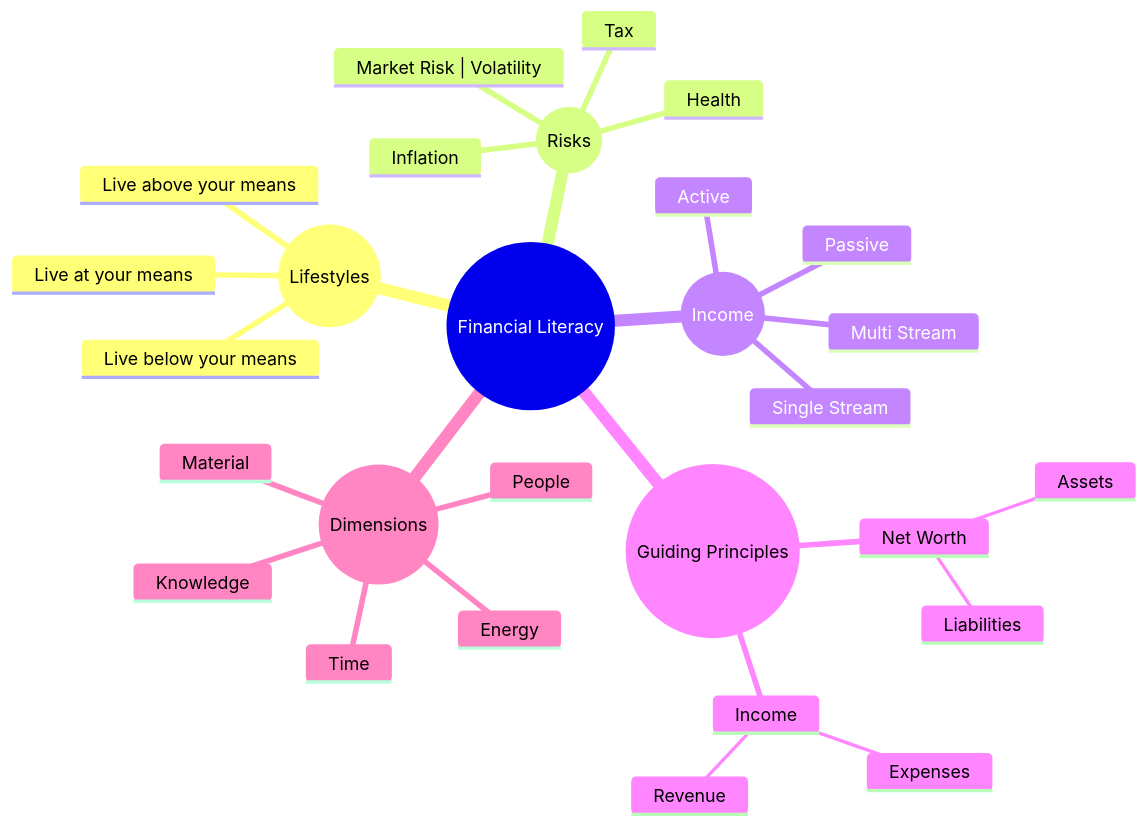
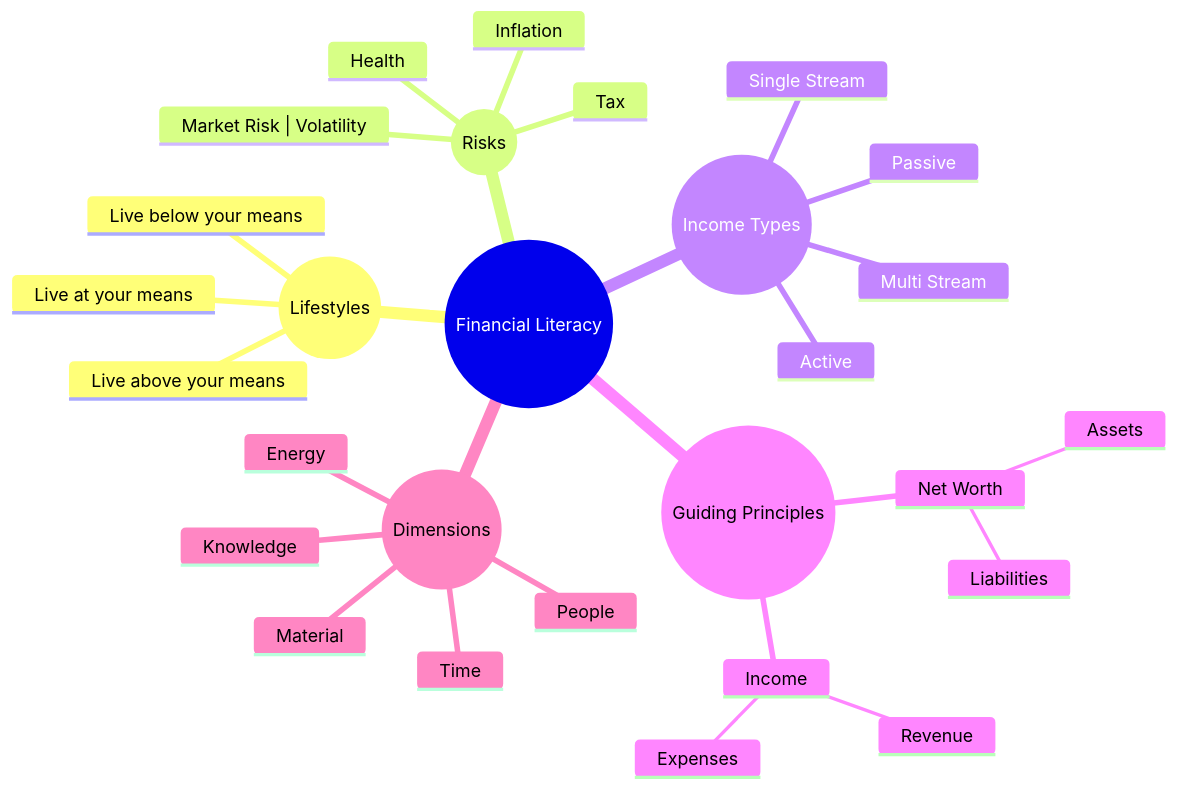
One commit to nickumia/world changed the diagram in mermaid/financial_concepts.mmd. Above: the diagram before and after it, drawn with Mermaid.

Commit message:
fix: income to income types for clarity
income appears twice on the graph

```diff
--- a/mermaid/financial_concepts.mmd
+++ b/mermaid/financial_concepts.mmd
@@ -1,29 +1,29 @@
 mindmap
   root((Financial Literacy))
     ((Lifestyles))
       Live above your means
       Live at your means
       Live below your means
     ((Risks))
       Inflation
       Market Risk | Volatility
       Tax
       Health
-    ((Income))
+    ((Income Types))
       Active
       Passive
       Single Stream
       Multi Stream
     ((Guiding Principles))
       Net Worth
         Assets
         Liabilities
       Income
         Revenue
         Expenses
     ((Dimensions))
       People
       Time
       Energy
       Knowledge
       Material
```
